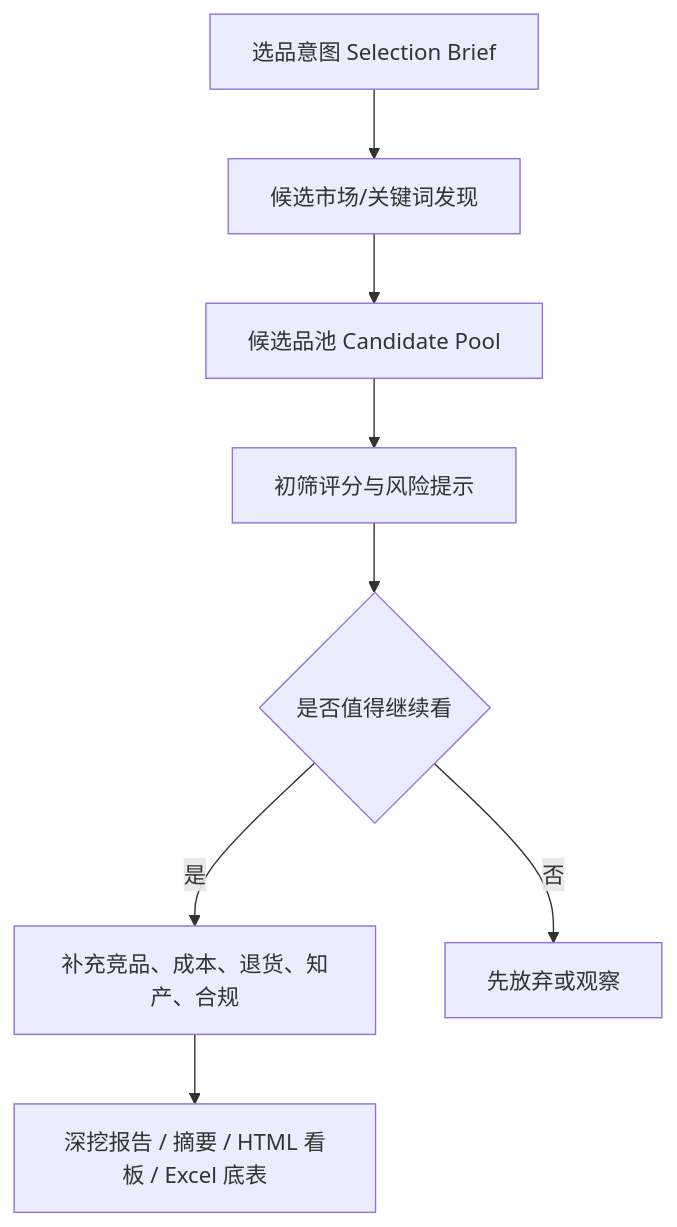
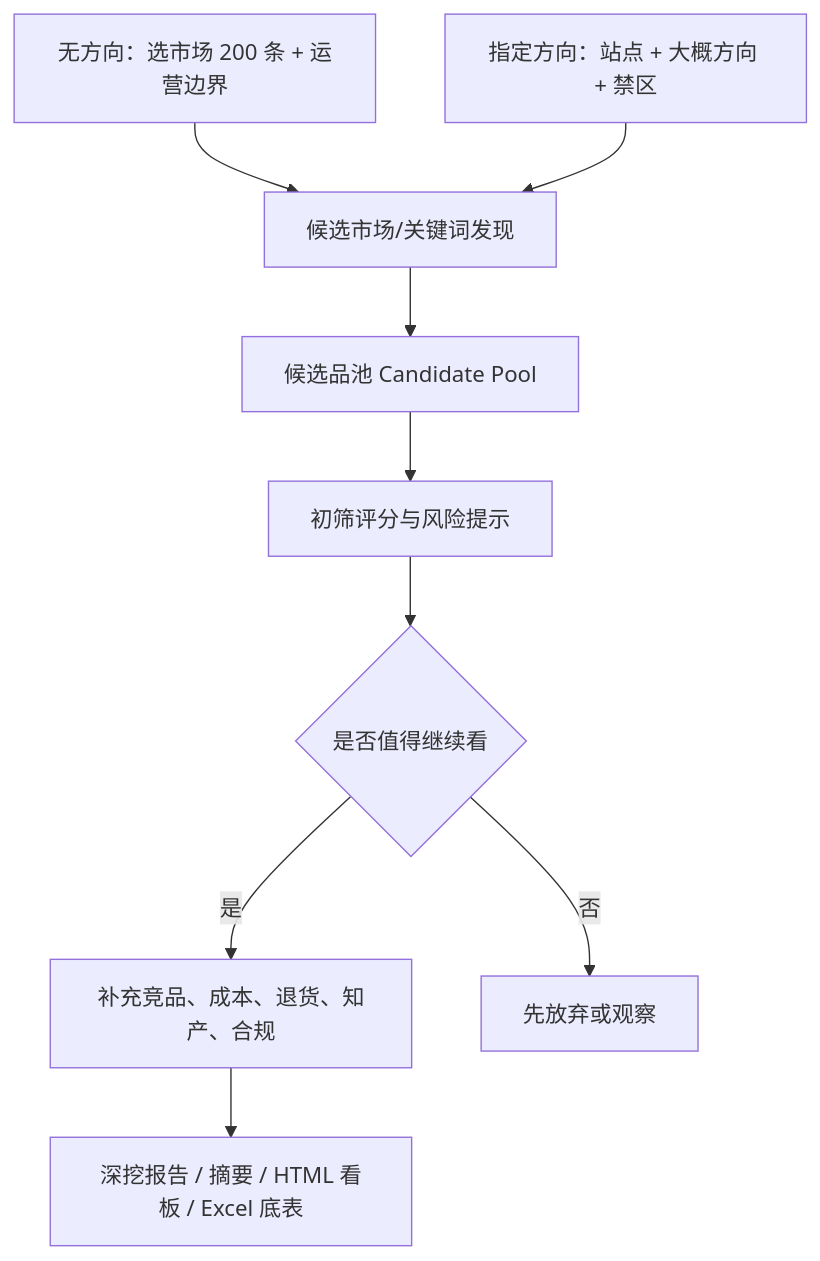
Before and after one commit to small-xiexu/amz-product-research-workbench: the diagram in docs/选品系统方向锚点.md, drawn with Mermaid. The commit also changed other lines of this file and 22 other files, not shown here.

````diff
--- a/docs/选品系统方向锚点.md
+++ b/docs/选品系统方向锚点.md
@@ -47,10 +48,11 @@
 ```mermaid
 flowchart TD
-  A["选品意图 Selection Brief"] --> B["候选市场/关键词发现"]
+  A1["无方向：选市场 200 条 + 运营边界"] --> B["候选市场/关键词发现"]
+  A2["指定方向：站点 + 大概方向 + 禁区"] --> B
   B --> C["候选品池 Candidate Pool"]
   C --> D["初筛评分与风险提示"]
   D --> E{"是否值得继续看"}
   E -->|是| F["补充竞品、成本、退货、知产、合规"]
   E -->|否| G["先放弃或观察"]
   F --> H["深挖报告 / 摘要 / HTML 看板 / Excel 底表"]
 ```
````
